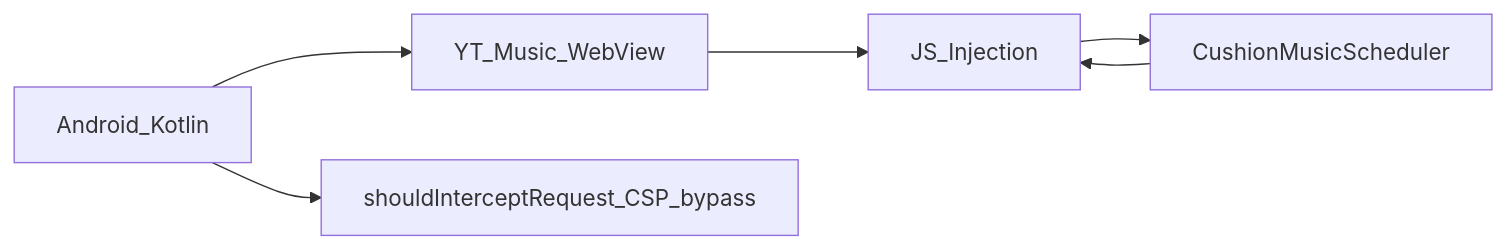
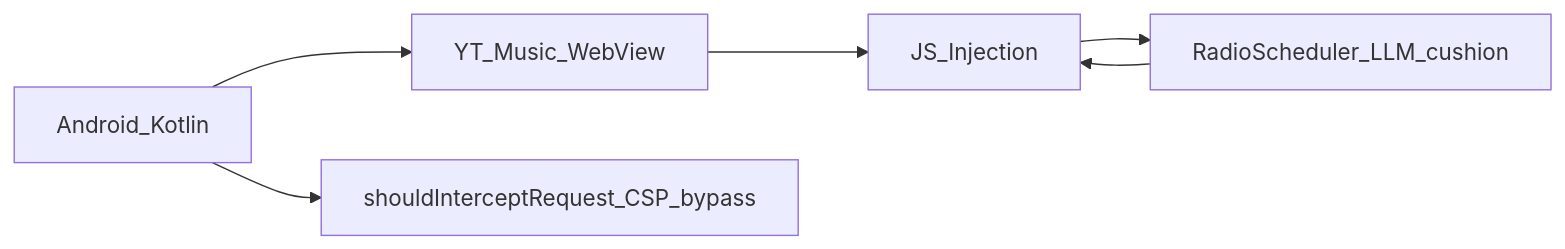
One commit to brillafresa/NarrativeDJ changed the first of 2 diagrams in docs/architecture.md. Above: the diagram before and after it, drawn with Mermaid. The commit also changed other lines of this file and 51 other files, not shown here.

````diff
--- a/docs/architecture.md
+++ b/docs/architecture.md
@@ -22,8 +22,8 @@
 ```mermaid
 flowchart LR
     App[Android_Kotlin] --> WebView[YT_Music_WebView]
     WebView --> Inject[JS_Injection]
-    Inject --> Scheduler[CushionMusicScheduler]
+    Inject --> Scheduler[RadioScheduler_LLM_cushion]
     Scheduler --> Inject
     App --> CSP[shouldInterceptRequest_CSP_bypass]
 ```
````
